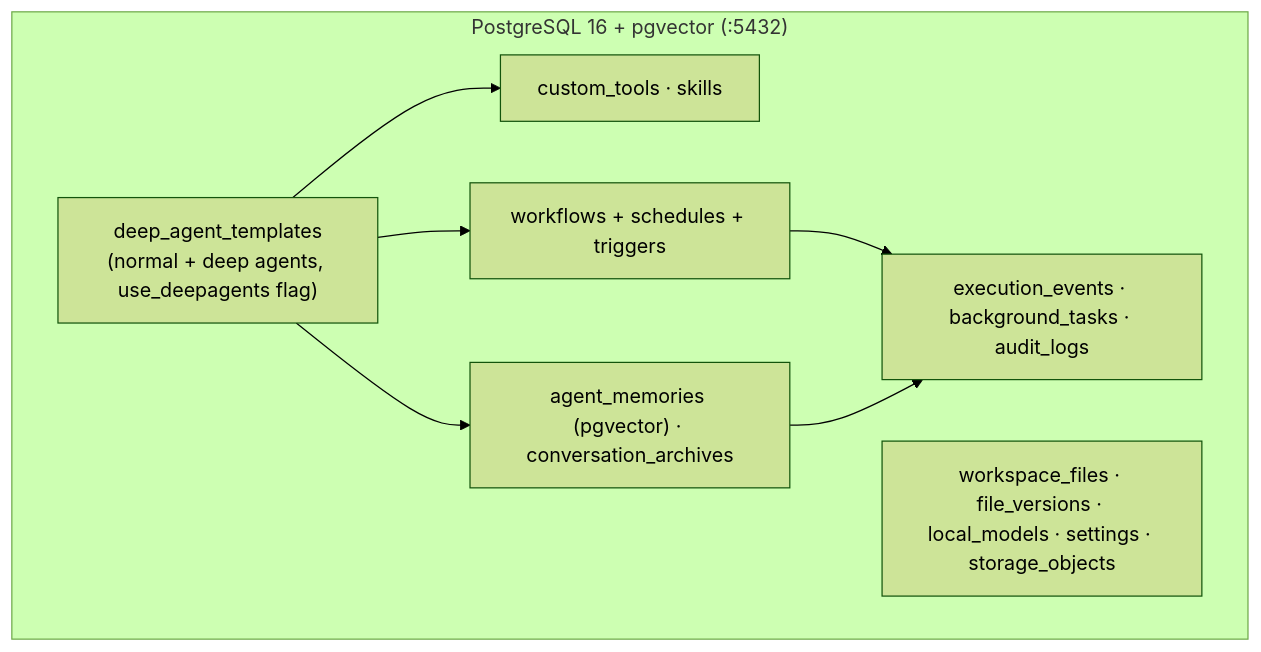
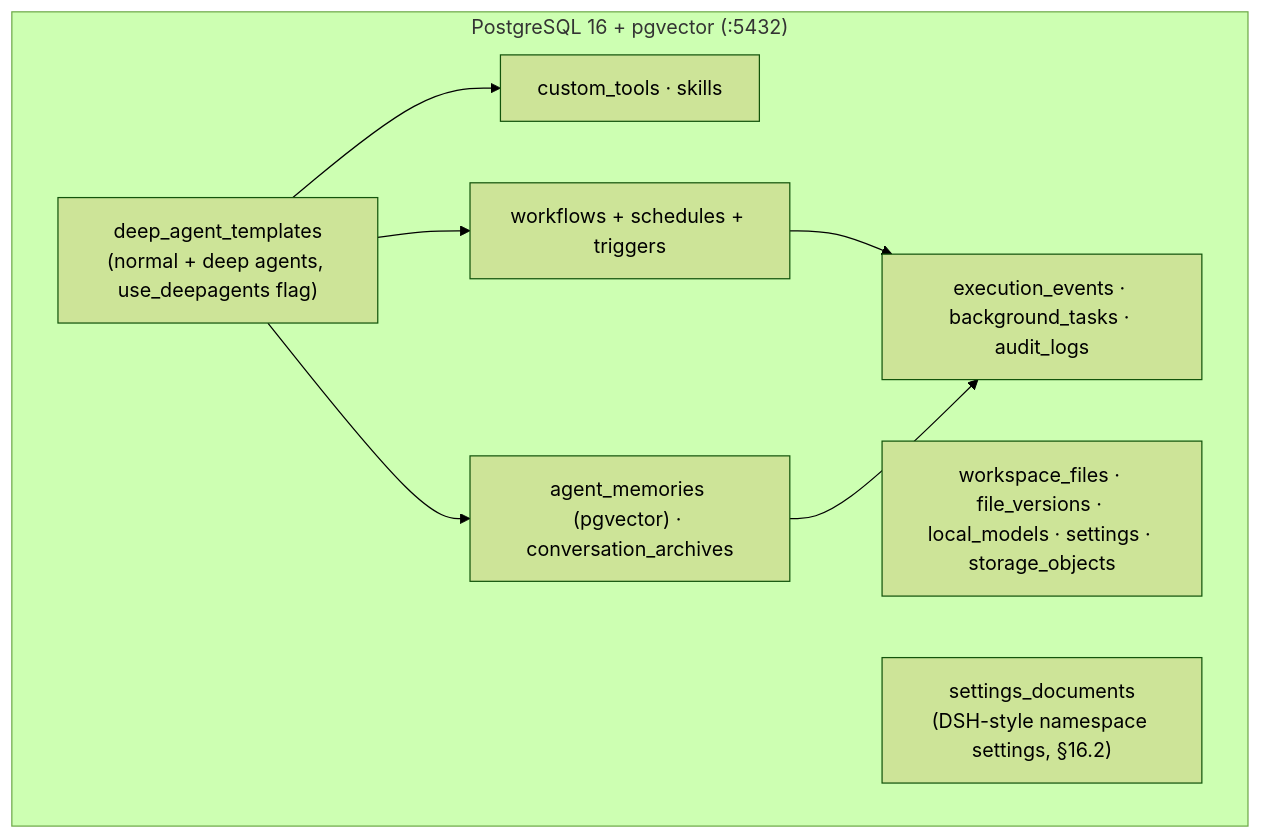
One commit to sailor723/langconfig changed diagram 11 of 15 in docs/system-architecture.md. Above: the diagram before and after it, drawn with Mermaid (forest theme). The commit also changed other lines of this file and 45 other files, not shown here.

First line of the commit message:
feat(settings): DSH-style settings refactor (docs/settings-refactor.md)

````diff
--- a/docs/system-architecture.md
+++ b/docs/system-architecture.md
@@ -1215,16 +1310,17 @@
 ```mermaid
 flowchart TB
     subgraph PG["PostgreSQL 16 + pgvector (:5432)"]
         T1["deep_agent_templates<br/>(normal + deep agents, use_deepagents flag)"]
         T2["custom_tools · skills"]
         T3["workflows + schedules + triggers"]
         T4["agent_memories (pgvector) · conversation_archives"]
         T5["execution_events · background_tasks · audit_logs"]
         T6["workspace_files · file_versions · local_models · settings · storage_objects"]
+        T7["settings_documents<br/>(DSH-style namespace settings, §16.2)"]
     end
     T1 --> T2
     T1 --> T3
     T1 --> T4
     T3 --> T5
     T4 --> T5
 ```
````
